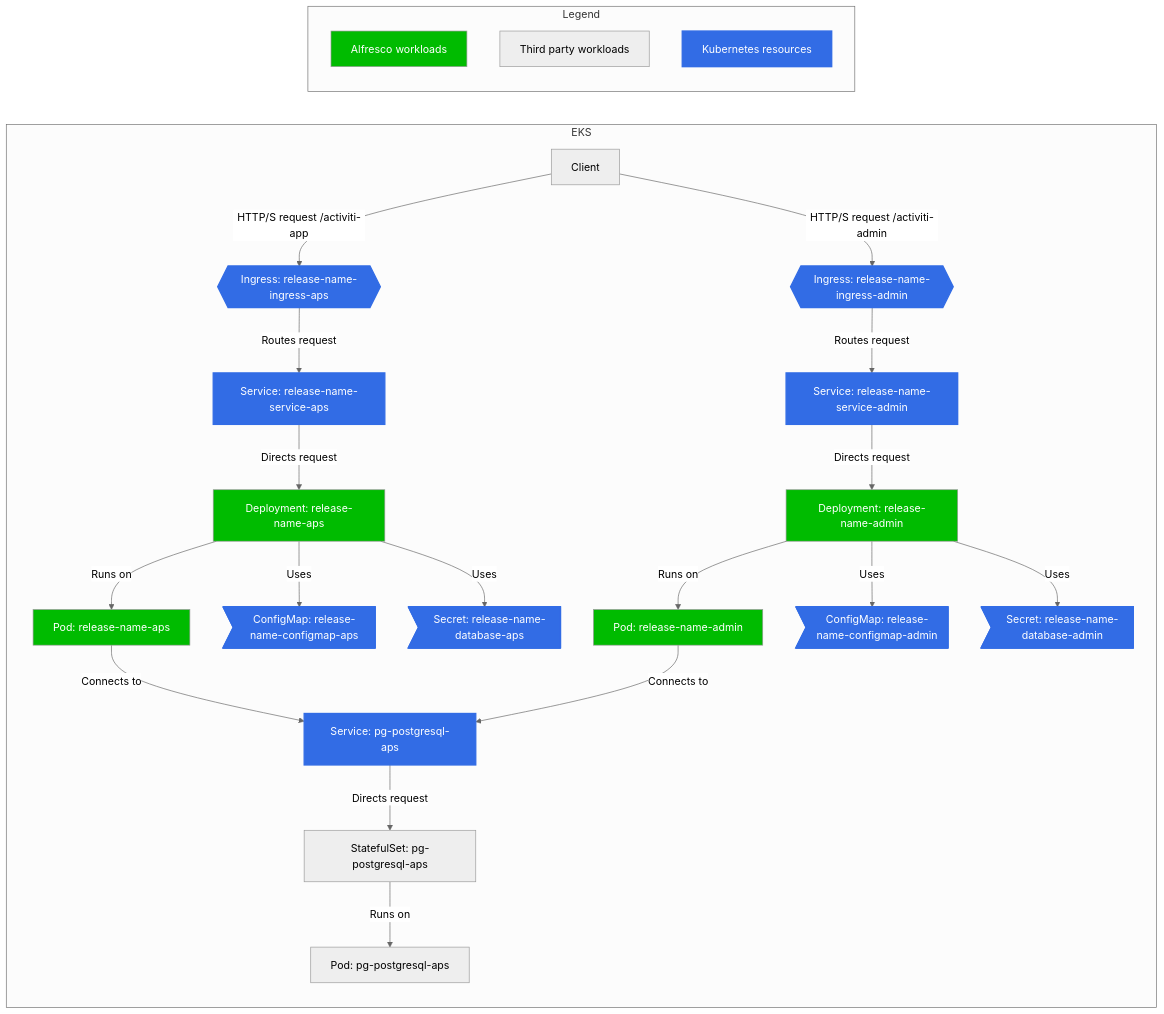
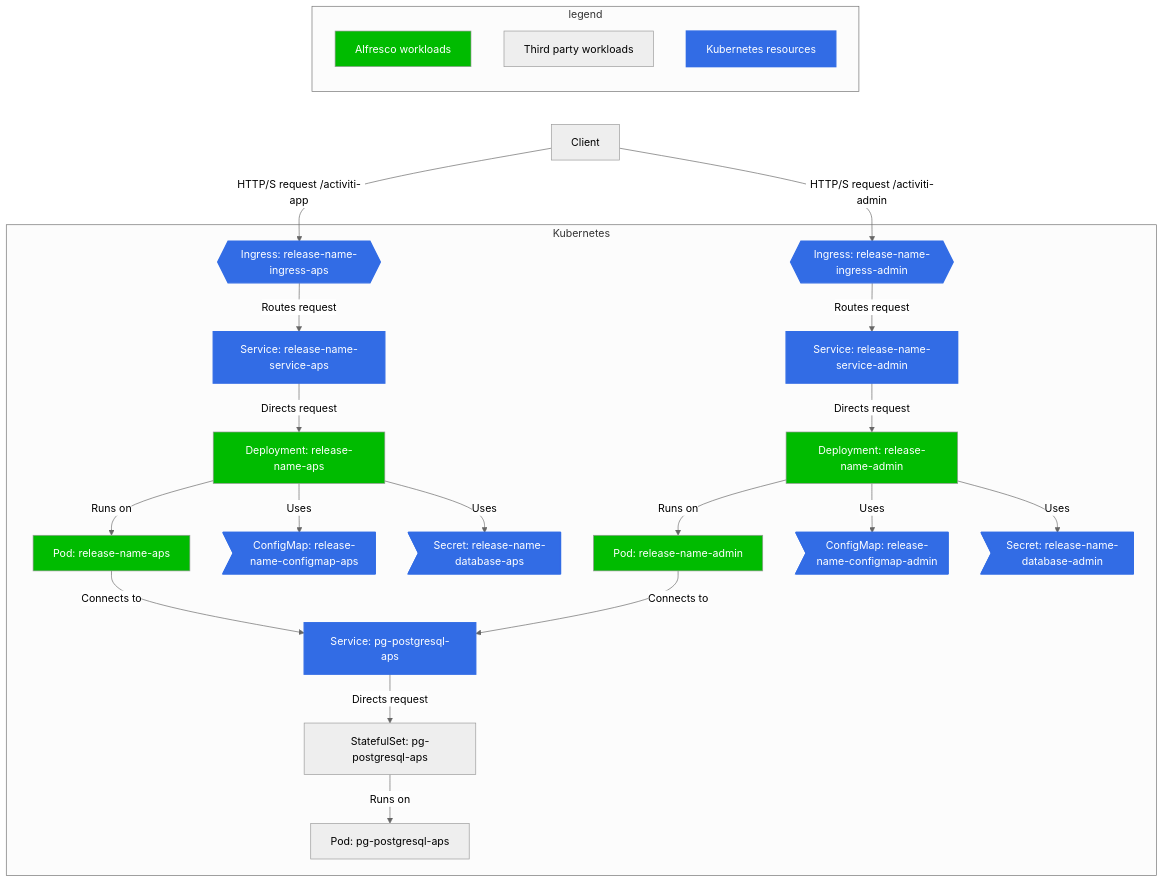
One commit to swagnerfaw/alfresco-helm-charts changed the first of 2 diagrams in charts/alfresco-process-services/docs/architecture.md. Above: the diagram before and after it, drawn with Mermaid. The commit also changed other lines of this file, not shown here.

Commit message:
client is not in-cluster

````diff
--- a/charts/alfresco-process-services/docs/architecture.md
+++ b/charts/alfresco-process-services/docs/architecture.md
@@ -5,39 +5,44 @@
 ```mermaid
 %%{init: {'theme':'neutral'}}%%
-flowchart LR
+flowchart TB
 
 classDef alf fill:#0b0,color:#fff
 classDef thrdP fill:#bb,color:#000
-classDef k8s fill:#326ce5,stroke:#326ce5,stroke-width:2px,color:#fff;
+classDef k8s fill:#326ce5,stroke:#326ce5,stroke-width:2px,color:#fff
 
-subgraph EKS
-    client[Client] -- "HTTP/S request /activiti-app" --> ingressAPS{{Ingress: release-name-ingress-aps}}
+subgraph legend
+  direction TB
+  a[Alfresco workloads]:::alf
+  t[Third party workloads]:::thrdP
+  k[Kubernetes resources]:::k8s
+end
+
+legend ~~~ client[Client]
+client -- "HTTP/S request /activiti-app" --> ingressAPS
+client -- "HTTP/S request /activiti-admin" --> ingressAdmin
+
+subgraph Kubernetes
+    ingressAPS{{Ingress: release-name-ingress-aps}}
     ingressAPS -- Routes request --> serviceAPS[Service: release-name-service-aps]
     serviceAPS -- Directs request --> deploymentAPS[Deployment: release-name-aps]
     deploymentAPS -- Runs on --> podAPS[Pod: release-name-aps]
     deploymentAPS -- Uses --> configMapAPS>ConfigMap: release-name-configmap-aps]
     deploymentAPS -- Uses --> secretAPS>Secret: release-name-database-aps]
     podAPS -- Connects to --> servicePostgres[Service: pg-postgresql-aps]
     servicePostgres -- Directs request --> statefulSetPostgres[StatefulSet: pg-postgresql-aps]
     statefulSetPostgres -- Runs on --> podPostgres[Pod: pg-postgresql-aps]
-    client -- "HTTP/S request /activiti-admin" --> ingressAdmin{{Ingress: release-name-ingress-admin}}
+    ingressAdmin{{Ingress: release-name-ingress-admin}}
     ingressAdmin -- Routes request --> serviceAdmin[Service: release-name-service-admin]
     serviceAdmin -- Directs request --> deploymentAdmin[Deployment: release-name-admin]
     deploymentAdmin -- Runs on --> podAdmin[Pod: release-name-admin]
     deploymentAdmin -- Uses --> configMapAdmin>ConfigMap: release-name-configmap-admin]
     deploymentAdmin -- Uses --> secretAdmin>Secret: release-name-database-admin]
     podAdmin -- Connects to --> servicePostgres
     class podAPS,podAdmin,deploymentAPS,deploymentAdmin alf
     class statefulSetPostgres,podPostgres thrdP
     class ingressAPS,serviceAPS,configMapAPS,secretAPS k8s
     class ingressAdmin,serviceAdmin,configMapAdmin,secretAdmin,servicePostgres k8s
     class ingressAPS,serviceAPS,configMapAPS,secretAPS k8s
     class ingressAdmin,serviceAdmin,configMapAdmin,secretAdmin,servicePostgres k8s
 end
-
-subgraph Legend
-  a[Alfresco workloads]:::alf
-  t[Third party workloads]:::thrdP
-  k[Kubernetes resources]:::k8s
-end
 ```
````
